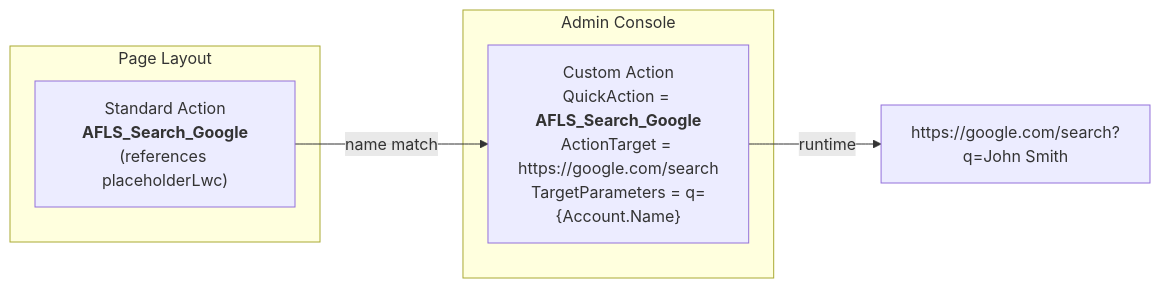
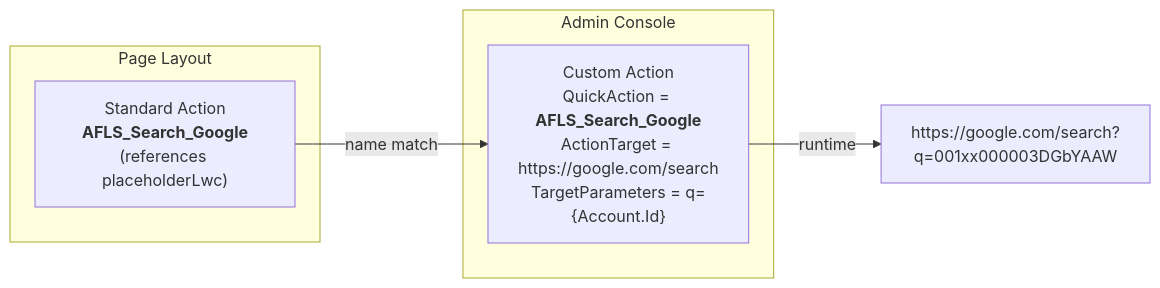
Before and after one commit to afls-ideas/Custom_Action_Starter_Kit: the second of 2 diagrams in README.md, drawn with Mermaid. The commit also changed other lines of this file and 1 other file, not shown here.

First line of the commit message:
Update README and Google search to use Account.Id

````diff
--- a/README.md
+++ b/README.md
@@ -67,13 +67,13 @@
 ```mermaid
 flowchart LR
     subgraph Page Layout
         QA["Standard Action<br/><b>AFLS_Search_Google</b><br/>(references placeholderLwc)"]
     end
 
     subgraph Admin Console
-        CA["Custom Action<br/>QuickAction = <b>AFLS_Search_Google</b><br/>ActionTarget = https://google.com/search<br/>TargetParameters = q={Account.Name}"]
+        CA["Custom Action<br/>QuickAction = <b>AFLS_Search_Google</b><br/>ActionTarget = https://google.com/search<br/>TargetParameters = q={Account.Id}"]
     end
 
     QA -- "name match" --> CA
-    CA -- "runtime" --> URL["https://google.com/search?q=John Smith"]
+    CA -- "runtime" --> URL["https://google.com/search?q=001xx000003DGbYAAW"]
 ```
````
